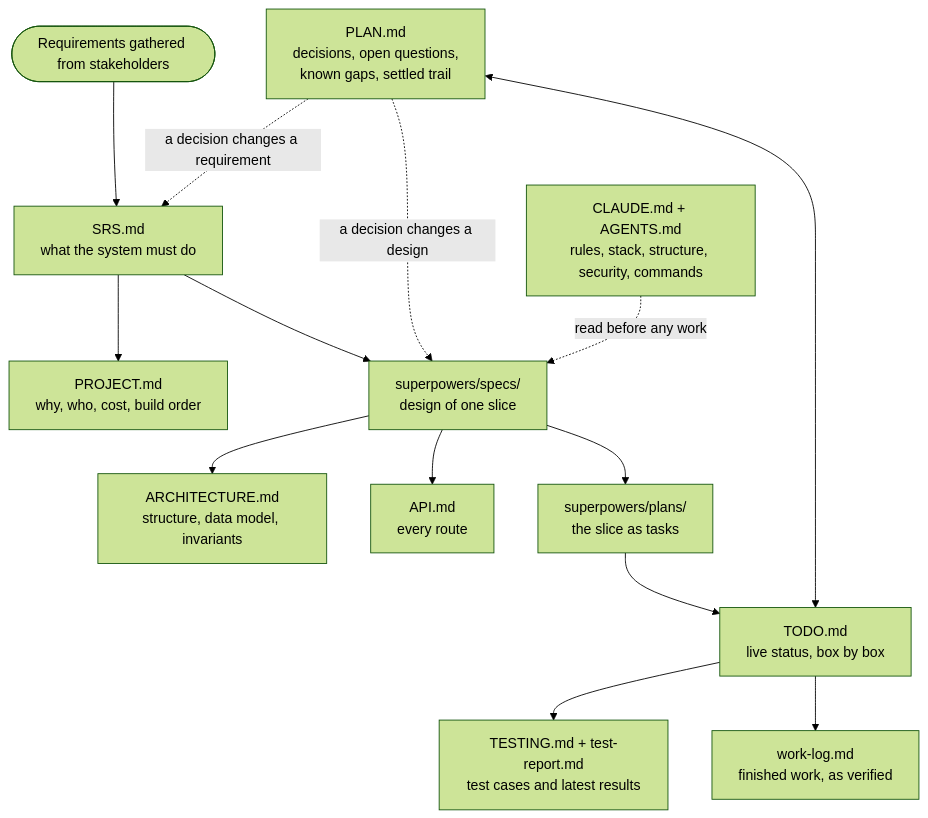
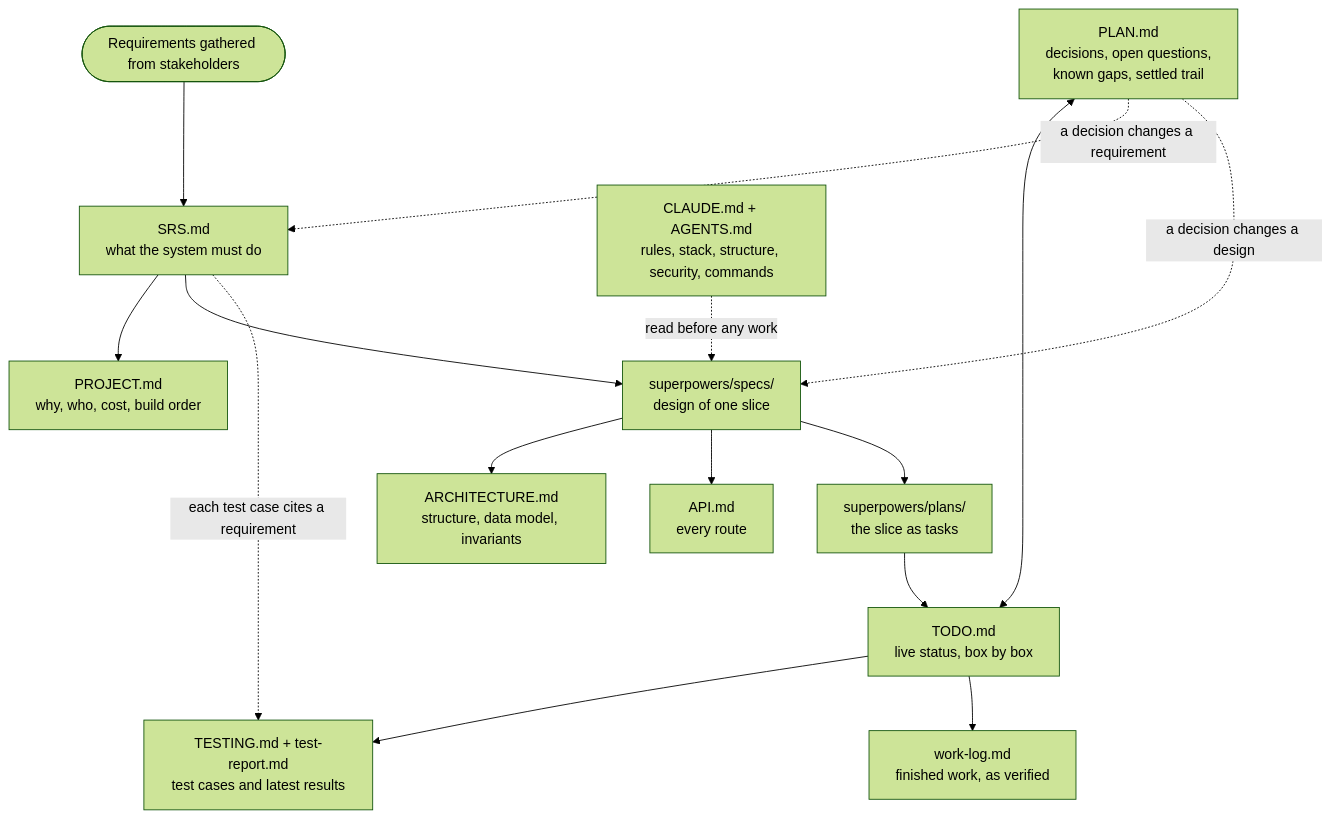
Before and after one commit to TORMomentum/Momentum: the diagram in README.md, drawn with Mermaid (forest theme).

Commit message:
docs(readme): link test cases back to the SRS in the document flow
TESTING.md cases each cite a requirement ID, so the flowchart now
shows that edge as well as the one from TODO.md.

````diff
--- a/README.md
+++ b/README.md
@@ -90,16 +90,17 @@
 ```mermaid
 flowchart TD
     REQ(["Requirements gathered from stakeholders"]) --> SRS["SRS.md<br/>what the system must do"]
     SRS --> PROJ["PROJECT.md<br/>why, who, cost, build order"]
     SRS --> SPEC["superpowers/specs/<br/>design of one slice"]
     SPEC --> ARCH["ARCHITECTURE.md<br/>structure, data model, invariants"]
     SPEC --> API["API.md<br/>every route"]
     SPEC --> PLANS["superpowers/plans/<br/>the slice as tasks"]
     PLANS --> TODO["TODO.md<br/>live status, box by box"]
     TODO --> TEST["TESTING.md + test-report.md<br/>test cases and latest results"]
+    SRS -. "each test case cites a requirement" .-> TEST
     TODO --> LOG["work-log.md<br/>finished work, as verified"]
     PLAN["PLAN.md<br/>decisions, open questions,<br/>known gaps, settled trail"] <--> TODO
     PLAN -. "a decision changes a requirement" .-> SRS
     PLAN -. "a decision changes a design" .-> SPEC
     RULES["CLAUDE.md + AGENTS.md<br/>rules, stack, structure, security, commands"] -. "read before any work" .-> SPEC
 ```
````
